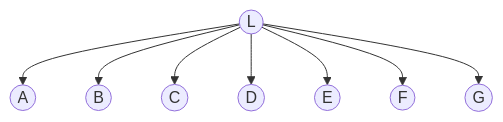
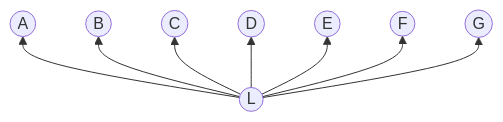
Before and after one commit to lukej57/writing: the sixth of 7 diagrams in src/app/docs/dependencies-in-the-abstract/page.md, drawn with Mermaid.

Commit message:
Keep dependers on the bottom when flipping the arrows (#13)
Mirror the fan-out diagram on the horizontal axis so the node doing the depending still sits below the things it depends on.

````diff
--- a/src/app/docs/dependencies-in-the-abstract/page.md
+++ b/src/app/docs/dependencies-in-the-abstract/page.md
@@ -102,10 +102,10 @@
 ```mermaid
-flowchart TB
+flowchart BT
   L((L)) --> A((A))
   L --> B((B))
   L --> C((C))
   L --> D((D))
   L --> E((E))
   L --> F((F))
   L --> G((G))
 ```
````
